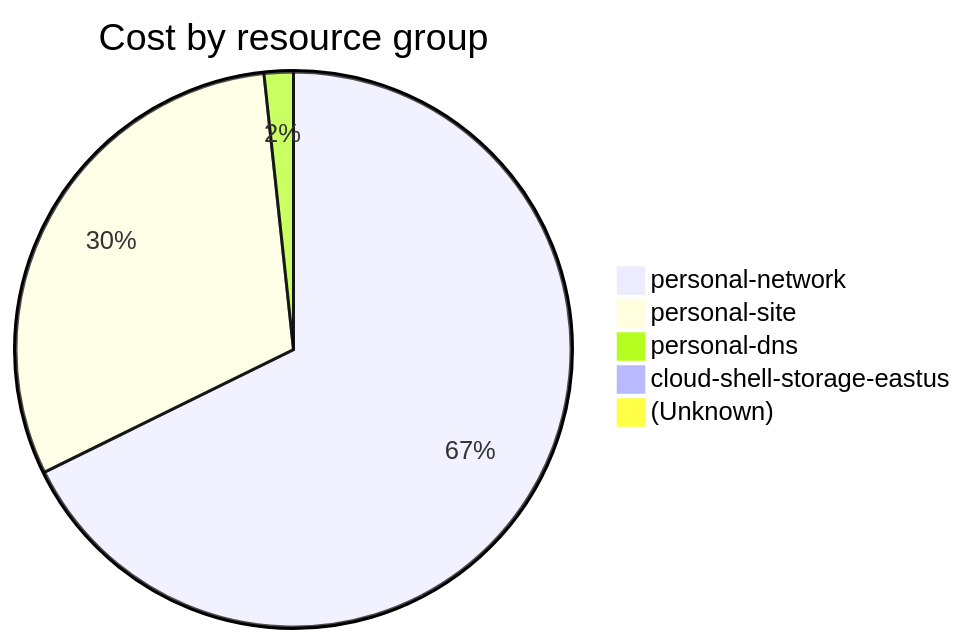
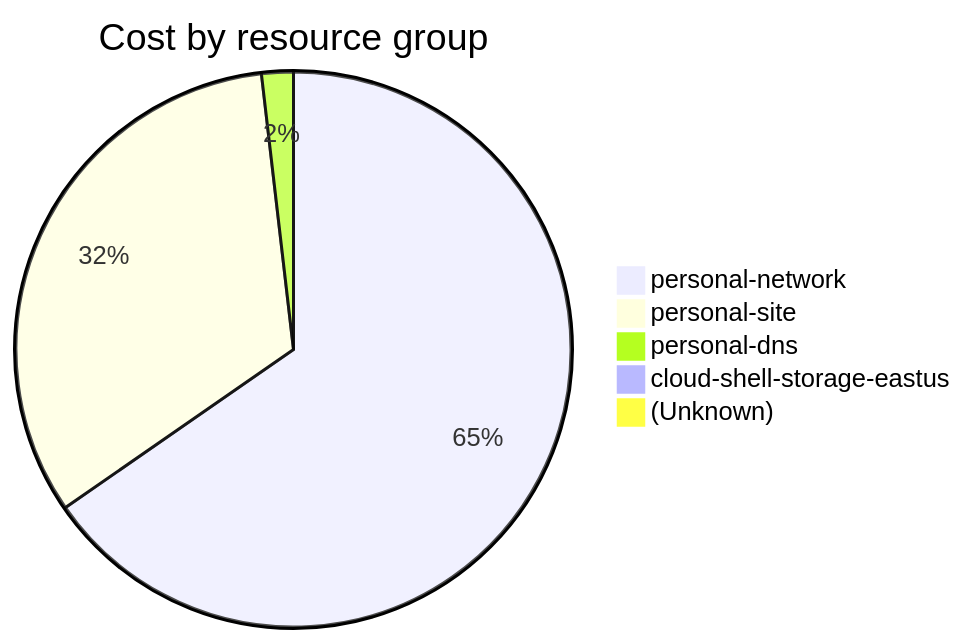
Before and after one commit to jpfulton/azure-personal-reports: the fourth of 4 diagrams in cost-reports/accumulated-cost.md, drawn with Mermaid. The commit also changed other lines of this file and 4 other files, not shown here.

````diff
--- a/cost-reports/accumulated-cost.md
+++ b/cost-reports/accumulated-cost.md
@@ -155,9 +155,9 @@
 ```mermaid
 pie
    title Cost by resource group
    "personal-network" : 15.94
-   "personal-site" : 7.20
-   "personal-dns" : 0.40
-   "cloud-shell-storage-eastus" : 0.12
+   "personal-site" : 8.00
+   "personal-dns" : 0.45
+   "cloud-shell-storage-eastus" : 0.13
    "(Unknown)" : 0.10
 ```
````
